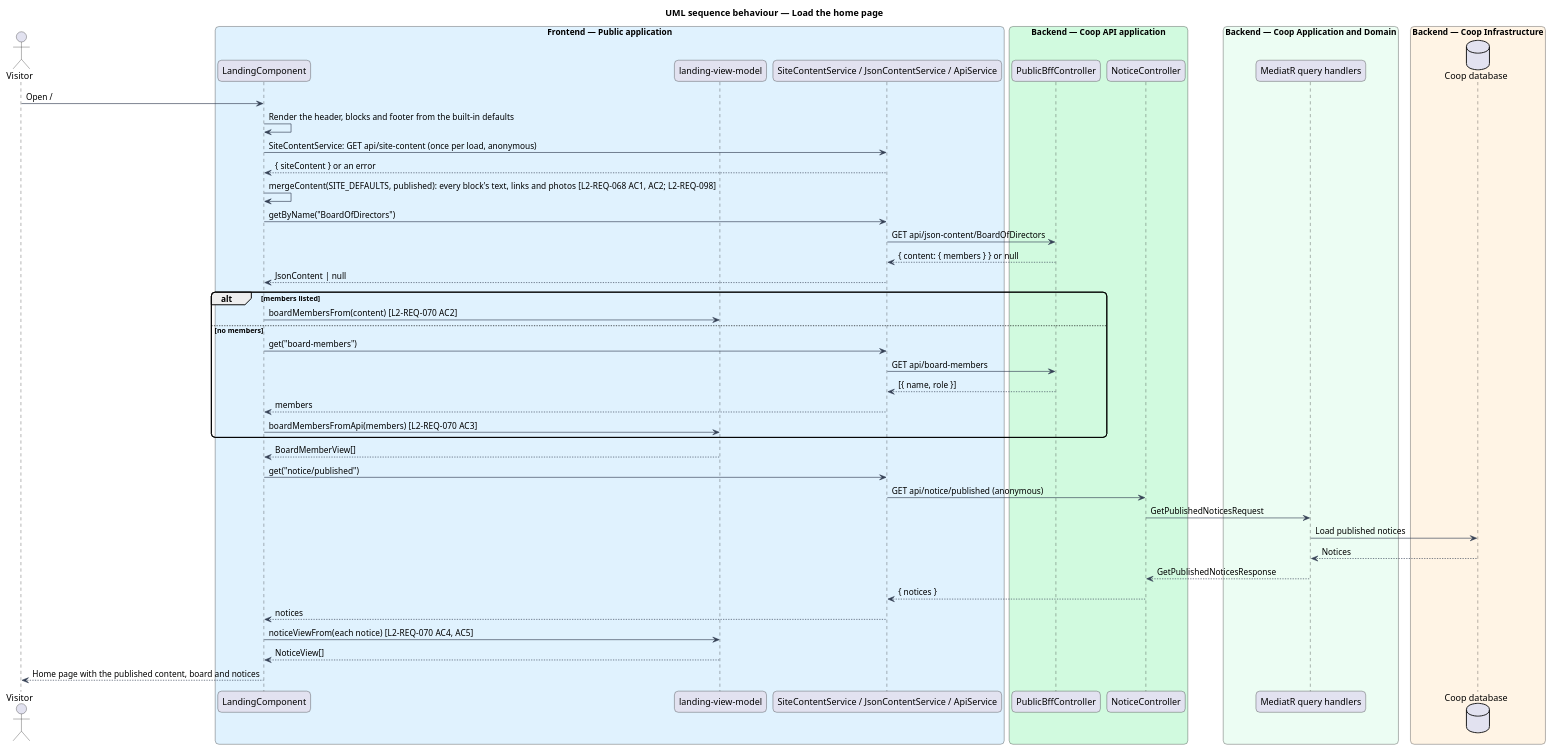
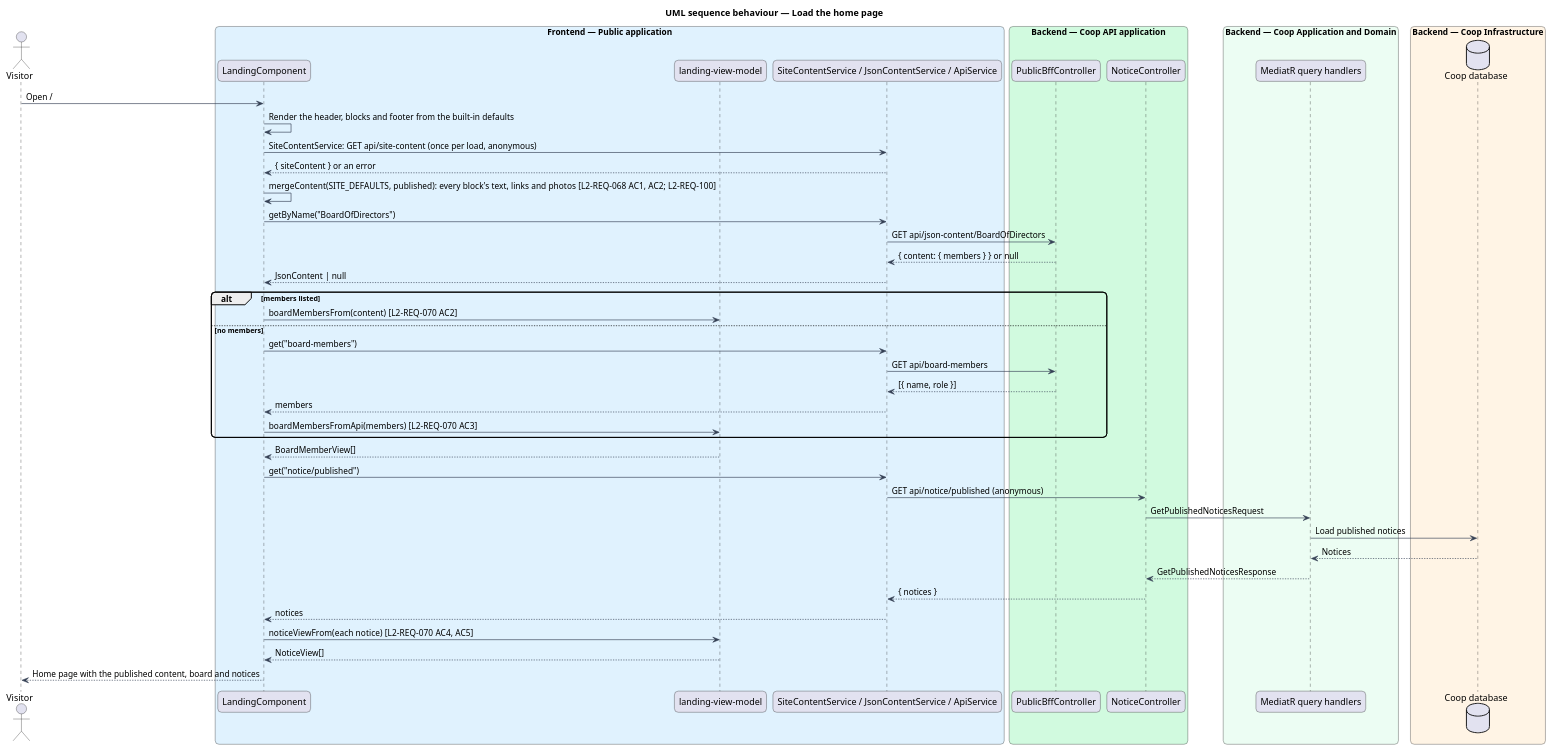
One commit to QuinntyneBrown/Coop changed the diagram in docs/detailed-designs/public-app/show-home-page/diagrams/sequence-load-home-page.puml. Above: the diagram before and after it, drawn with PlantUML. The commit also changed 80 other files, not shown here.

First line of the commit message:
Renumber the site content requirements after main took L2-REQ-092 and 093

```diff
--- a/docs/detailed-designs/public-app/show-home-page/diagrams/sequence-load-home-page.puml
+++ b/docs/detailed-designs/public-app/show-home-page/diagrams/sequence-load-home-page.puml
@@ -1,54 +1,54 @@
 @startuml
 title UML sequence behaviour — Load the home page
 skinparam backgroundColor #FFFFFF
 skinparam shadowing false
 skinparam roundcorner 12
 skinparam defaultFontName Arial
 skinparam ArrowColor #344054
 actor "Visitor" as actor
 box "Frontend — Public application" #E0F2FE
   participant "LandingComponent" as page
   participant "landing-view-model" as vm
   participant "SiteContentService / JsonContentService / ApiService" as client
 end box
 box "Backend — Coop API application" #D1FADF
   participant "PublicBffController" as bff
   participant "NoticeController" as notice
 end box
 box "Backend — Coop Application and Domain" #ECFDF3
   participant "MediatR query handlers" as handler
 end box
 box "Backend — Coop Infrastructure" #FFF4E5
   database "Coop database" as db
 end box
 actor -> page : Open /
 page -> page : Render the header, blocks and footer from the built-in defaults
 page -> client : SiteContentService: GET api/site-content (once per load, anonymous)
 client --> page : { siteContent } or an error
-page -> page : mergeContent(SITE_DEFAULTS, published): every block's text, links and photos  [L2-REQ-068 AC1, AC2; L2-REQ-098]
+page -> page : mergeContent(SITE_DEFAULTS, published): every block's text, links and photos  [L2-REQ-068 AC1, AC2; L2-REQ-100]
 page -> client : getByName("BoardOfDirectors")
 client -> bff : GET api/json-content/BoardOfDirectors
 bff --> client : { content: { members } } or null
 client --> page : JsonContent | null
 alt members listed
   page -> vm : boardMembersFrom(content)  [L2-REQ-070 AC2]
 else no members
   page -> client : get("board-members")
   client -> bff : GET api/board-members
   bff --> client : [{ name, role }]
   client --> page : members
   page -> vm : boardMembersFromApi(members)  [L2-REQ-070 AC3]
 end
 vm --> page : BoardMemberView[]
 page -> client : get("notice/published")
 client -> notice : GET api/notice/published (anonymous)
 notice -> handler : GetPublishedNoticesRequest
 handler -> db : Load published notices
 db --> handler : Notices
 handler --> notice : GetPublishedNoticesResponse
 notice --> client : { notices }
 client --> page : notices
 page -> vm : noticeViewFrom(each notice)  [L2-REQ-070 AC4, AC5]
 vm --> page : NoticeView[]
 page --> actor : Home page with the published content, board and notices
 @enduml
```
